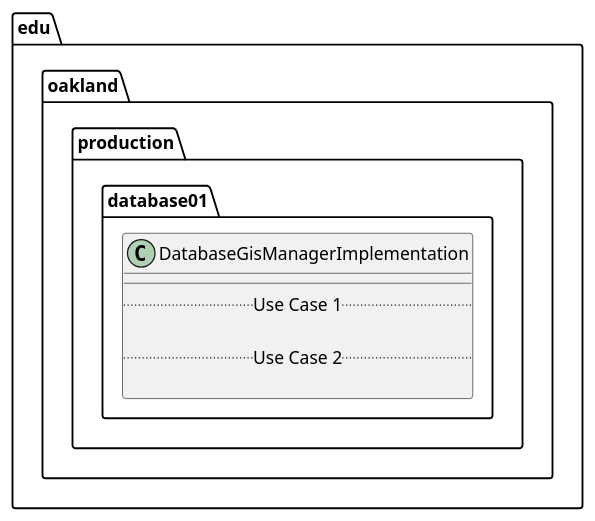
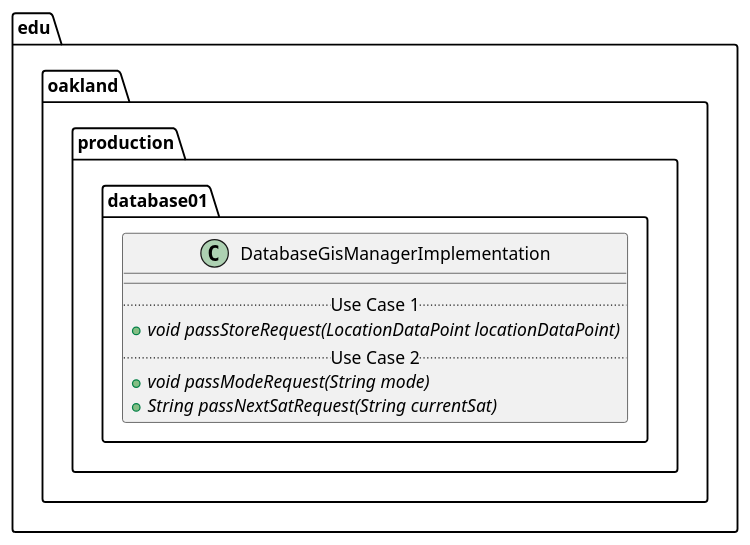
The diagram in docs/uml-class-diagrams/database01/production/DatabaseGisManagerImplementation/DatabaseGisManagerImplementation.puml (andrewdimmer/csi-3370-software-project), drawn with PlantUML before and after one commit. The commit also changed 4 other files, not shown here.

```diff
--- a/docs/uml-class-diagrams/database01/production/DatabaseGisManagerImplementation/DatabaseGisManagerImplementation.puml
+++ b/docs/uml-class-diagrams/database01/production/DatabaseGisManagerImplementation/DatabaseGisManagerImplementation.puml
@@ -1,13 +1,14 @@
 @startuml DatabaseGisManagerImplementation
 
 package edu.oakland.production.database01 {
     class DatabaseGisManagerImplementation {
         __
         .. Use Case 1 ..
-
+        {abstract} + void passStoreRequest(LocationDataPoint locationDataPoint)
         .. Use Case 2 ..
-
+        {abstract} + void passModeRequest(String mode)
+        {abstract} + String passNextSatRequest(String currentSat)
     }
 }
 
 @enduml
```
